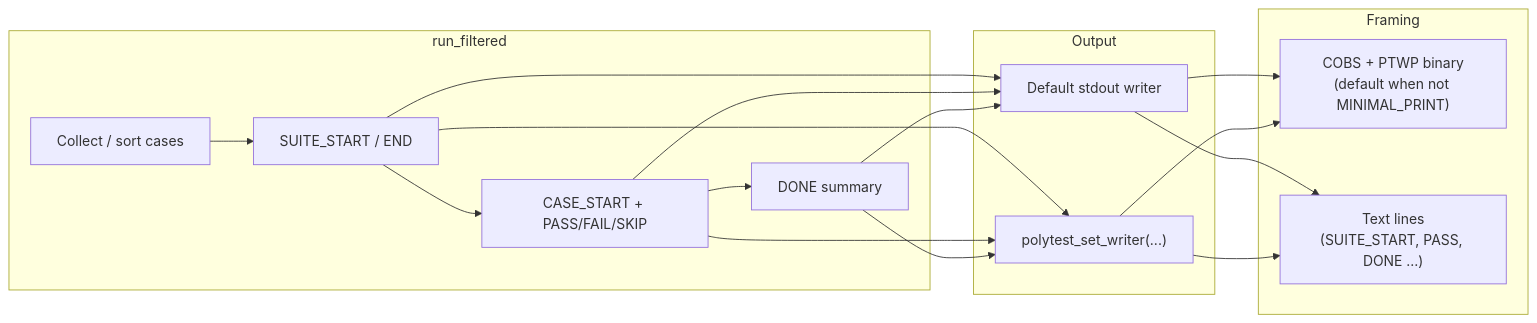
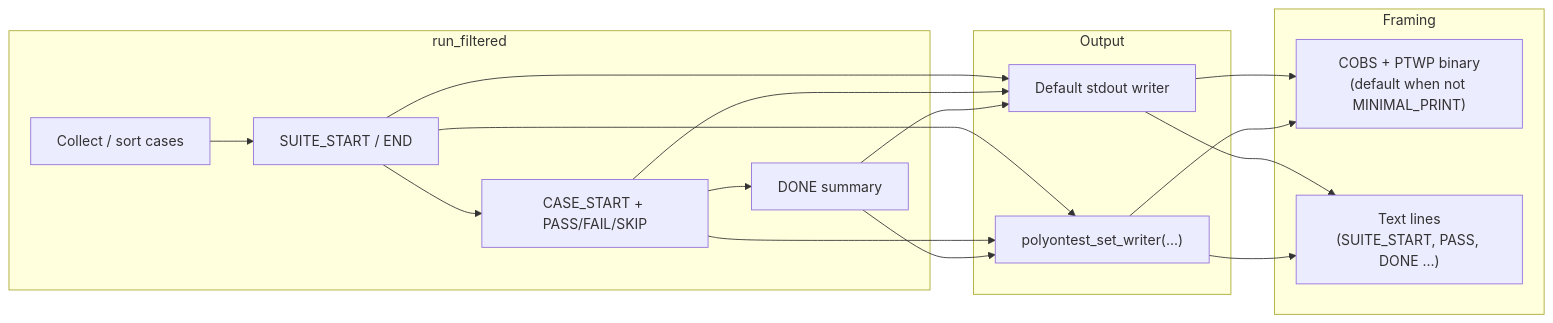
The fourth of 4 diagrams in docs/architecture.md (malto101/Open-PolyTest-Framework), drawn with Mermaid before and after one commit. The commit also changed other lines of this file and 93 other files, not shown here.

````diff
--- a/docs/architecture.md
+++ b/docs/architecture.md
@@ -115,28 +115,28 @@
 ```mermaid
 flowchart LR
   subgraph runner [run_filtered]
     collect[Collect / sort cases]
     emitSuite[SUITE_START / END]
     emitCase[CASE_START + PASS/FAIL/SKIP]
     emitDone[DONE summary]
   end
   subgraph sink [Output]
     defaultOut[Default stdout writer]
-    custom["polytest_set_writer(...)"]
+    custom["polyontest_set_writer(...)"]
   end
   subgraph framing [Framing]
     cobs["COBS + PTWP binary\n(default when not MINIMAL_PRINT)"]
     text["Text lines\n(SUITE_START, PASS, DONE …)"]
   end
   collect --> emitSuite --> emitCase --> emitDone
   emitSuite --> defaultOut
   emitCase --> defaultOut
   emitDone --> defaultOut
   emitSuite --> custom
   emitCase --> custom
   emitDone --> custom
   defaultOut --> cobs
   defaultOut --> text
   custom --> cobs
   custom --> text
 ```
````
